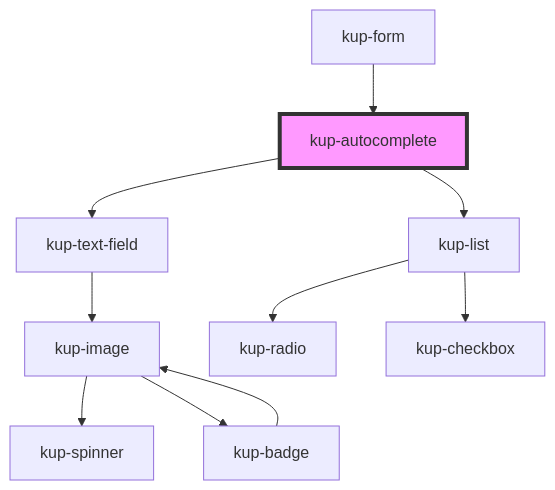
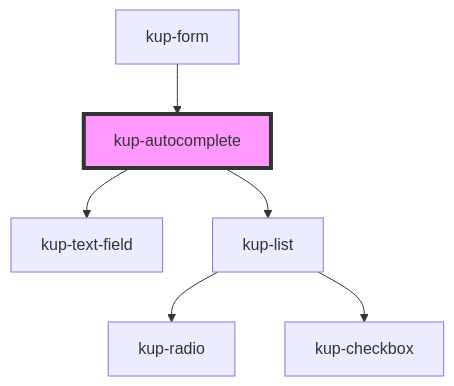
The diagram in packages/ketchup/src/components/kup-autocomplete/readme.md (smeup/ketchup), drawn with Mermaid before and after one commit. The commit also changed 13 other files, not shown here.

Commit message:
Replaced kup image with embedded image in text field.

````diff
--- a/packages/ketchup/src/components/kup-autocomplete/readme.md
+++ b/packages/ketchup/src/components/kup-autocomplete/readme.md
@@ -58,13 +58,9 @@
 ```mermaid
 graph TD;
   kup-autocomplete --> kup-text-field
   kup-autocomplete --> kup-list
-  kup-text-field --> kup-image
-  kup-image --> kup-spinner
-  kup-image --> kup-badge
-  kup-badge --> kup-image
   kup-list --> kup-radio
   kup-list --> kup-checkbox
   kup-form --> kup-autocomplete
   style kup-autocomplete fill:#f9f,stroke:#333,stroke-width:4px
 ```
````
